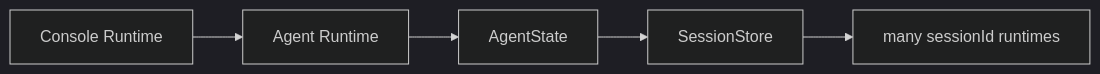
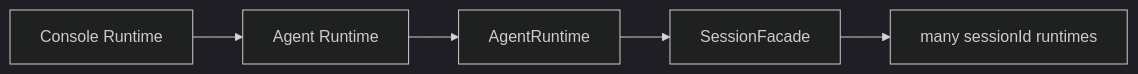
The third of 3 diagrams in homepage/content/devdocs/zh/session/console-and-session-runtime.mdx (wangenius/downcity), drawn with Mermaid (dark theme) before and after one commit. The commit also changed other lines of this file and 419 other files, not shown here.

````diff
--- a/homepage/content/devdocs/zh/session/console-and-session-runtime.mdx
+++ b/homepage/content/devdocs/zh/session/console-and-session-runtime.mdx
@@ -207,7 +207,7 @@
 ```mermaid
 flowchart LR
   C["Console Runtime"] --> D["Agent Runtime"]
-  D --> A["AgentState"]
-  A --> S["SessionStore"]
+  D --> A["AgentRuntime"]
+  A --> S["SessionFacade"]
   S --> R["many sessionId runtimes"]
 ```
````
